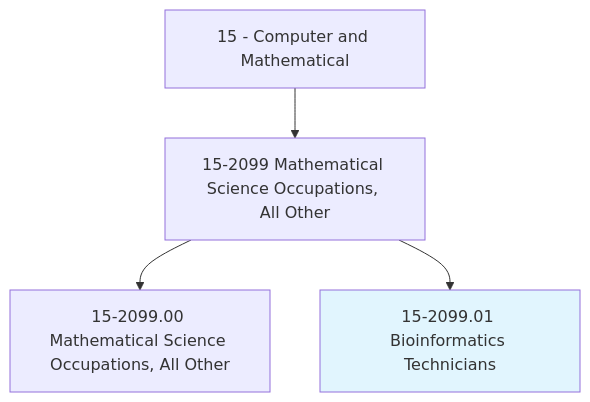
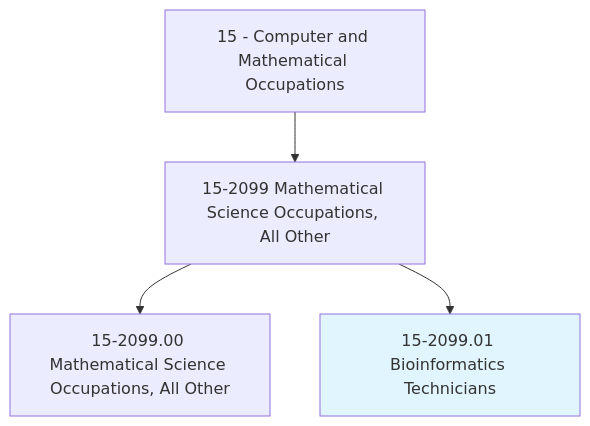
Before and after one commit to kziemski/business.org.ai: the first of 4 diagrams in occupations/Technology/BioinformaticsTechnicians.mdx, drawn with Mermaid. The commit also changed other lines of this file and 938 other files, not shown here.

````diff
--- a/occupations/Technology/BioinformaticsTechnicians.mdx
+++ b/occupations/Technology/BioinformaticsTechnicians.mdx
@@ -19,7 +23,7 @@
 ```mermaid
 graph TD
-    Cat15["15 - Computer and Mathematical"] --> Group152099["15-2099 Mathematical Science Occupations, All Other"]
+    Cat15["15 - Computer and Mathematical Occupations"] --> Group152099["15-2099 Mathematical Science Occupations, All Other"]
     Group152099 --> Base["15-2099.00 Mathematical Science Occupations, All Other"]
     Group152099 --> Current["15-2099.01 Bioinformatics Technicians"]
     style Current fill:#e1f5fe
 ```
````
